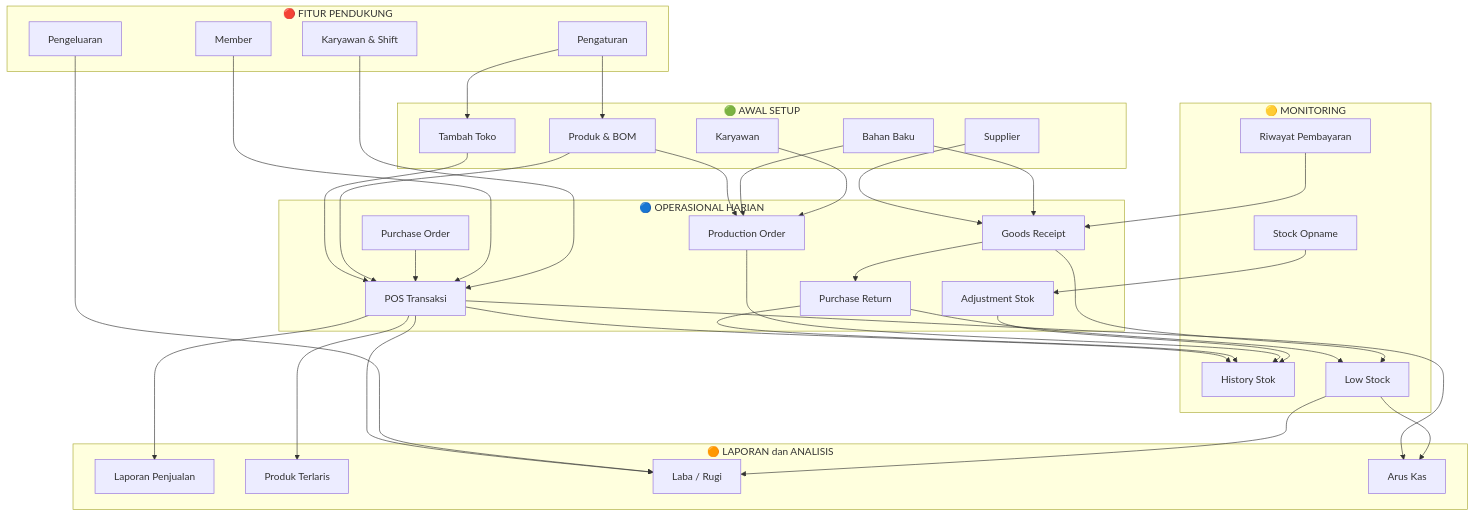
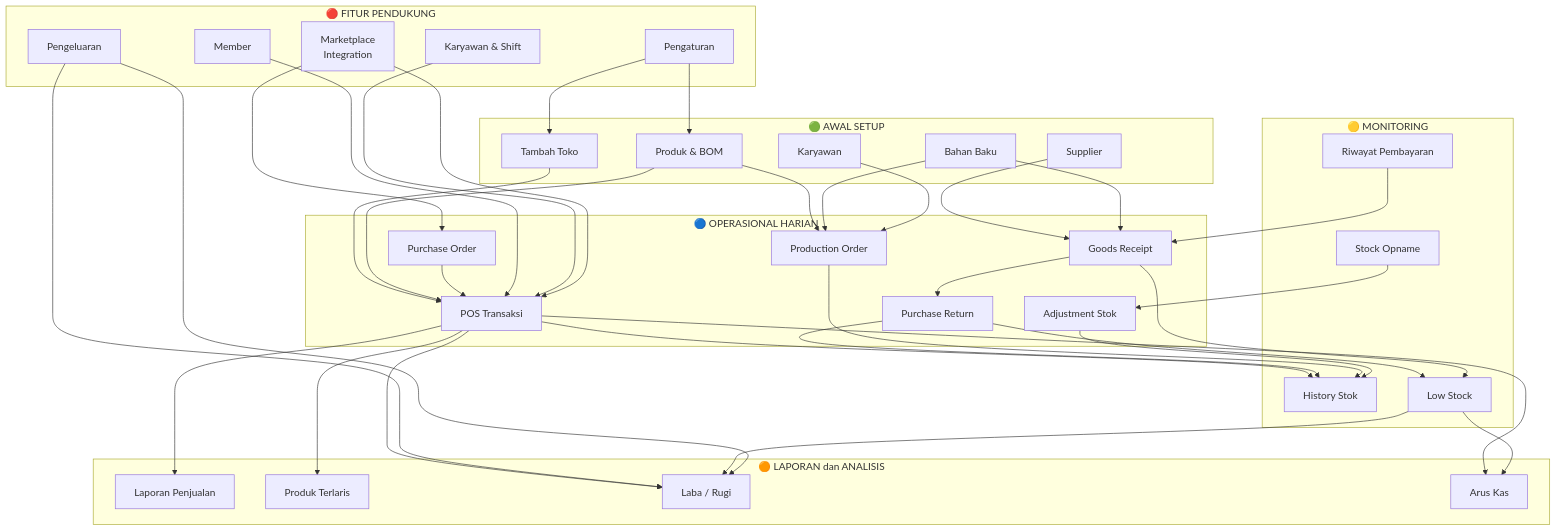
The sixth of 54 diagrams in PANDUAN-SUPER-ADMIN.md (teddferdy/FE-POS-App), drawn with Mermaid before and after one commit. The commit also changed other lines of this file and 49 other files, not shown here.

````diff
--- a/PANDUAN-SUPER-ADMIN.md
+++ b/PANDUAN-SUPER-ADMIN.md
@@ -362,73 +396,77 @@
 ```mermaid
 flowchart TB
     subgraph AWAL["🟢 AWAL SETUP"]
         A1["Tambah Toko"]
         A2["Produk & BOM"]
         A3["Supplier"]
         A4["Bahan Baku"]
         A5["Karyawan"]
     end
 
     subgraph OPERASIONAL["🔵 OPERASIONAL HARIAN"]
         B1["POS Transaksi"]
         B2["Purchase Order"]
         B3["Goods Receipt"]
         B4["Purchase Return"]
         B5["Production Order"]
         B6["Adjustment Stok"]
     end
 
     subgraph MONITOR["🟡 MONITORING"]
         C1["Stock Opname"]
         C2["Riwayat Pembayaran"]
         C3["History Stok"]
         C4["Low Stock"]
     end
 
     subgraph LAPORAN["🟠 LAPORAN dan ANALISIS"]
         D1["Laporan Penjualan"]
         D2["Produk Terlaris"]
         D3["Laba / Rugi"]
         D4["Arus Kas"]
     end
 
     subgraph LAIN["🔴 FITUR PENDUKUNG"]
         E1["Member"]
         E2["Karyawan & Shift"]
         E3["Pengeluaran"]
         E4["Pengaturan"]
+        E5["Marketplace<br/>Integration"]
     end
 
     A1 --> B1
     A2 --> B1
     A2 --> B5
     A3 --> B3
     A4 --> B3
     A4 --> B5
     A5 --> B5
 
     B1 --> C3
     B3 --> B4
     B4 --> C3
     B5 --> C3
     B2 --> B1
 
     B4 --> C4
     B3 --> C4
     C2 --> B3
     C1 --> B6
     B6 --> C3
 
     B1 --> D1
     B1 --> D2
     B1 --> D3
     B1 --> D4
     E3 --> D3
     C4 --> D3
     C4 --> D4
 
     E1 --> B1
     E2 --> B1
+    E3 --> D3
     E4 --> A1
     E4 --> A2
+    E5 --> B1
+    E5 --> B2
 ```
````
